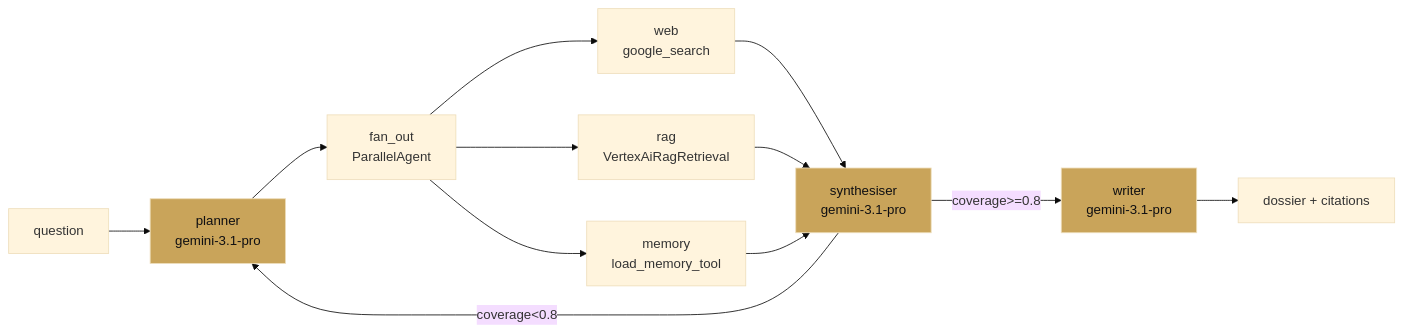
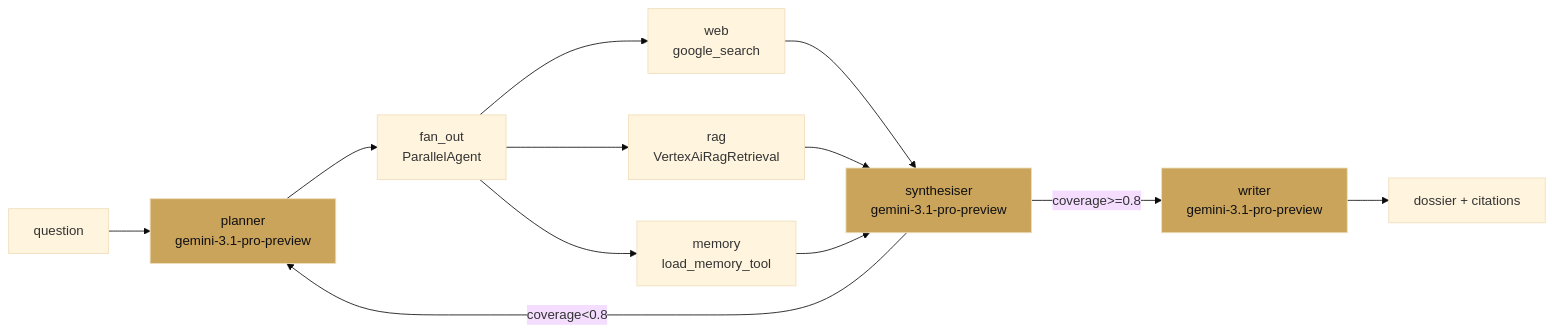
One commit to vmishra/Google-ADK-Cookbook changed the diagram in docs/18-case-studies/research-assistant.md. Above: the diagram before and after it, drawn with Mermaid (base theme). The commit also changed 61 other files, not shown here.

````diff
--- a/docs/18-case-studies/research-assistant.md
+++ b/docs/18-case-studies/research-assistant.md
@@ -13,15 +13,15 @@
 ```mermaid
 flowchart LR
-  Q[question] --> P[planner<br/>gemini-3.1-pro]
+  Q[question] --> P[planner<br/>gemini-3.1-pro-preview]
   P --> FO[fan_out<br/>ParallelAgent]
   FO --> W[web<br/>google_search]
   FO --> R[rag<br/>VertexAiRagRetrieval]
   FO --> M[memory<br/>load_memory_tool]
-  W & R & M --> S[synthesiser<br/>gemini-3.1-pro]
+  W & R & M --> S[synthesiser<br/>gemini-3.1-pro-preview]
   S -->|coverage<0.8| P
-  S -->|coverage>=0.8| WR[writer<br/>gemini-3.1-pro]
+  S -->|coverage>=0.8| WR[writer<br/>gemini-3.1-pro-preview]
   WR --> Out[dossier + citations]
   style P fill:#c9a45a,color:#0f0f12
   style S fill:#c9a45a,color:#0f0f12
   style WR fill:#c9a45a,color:#0f0f12
 ```
````
